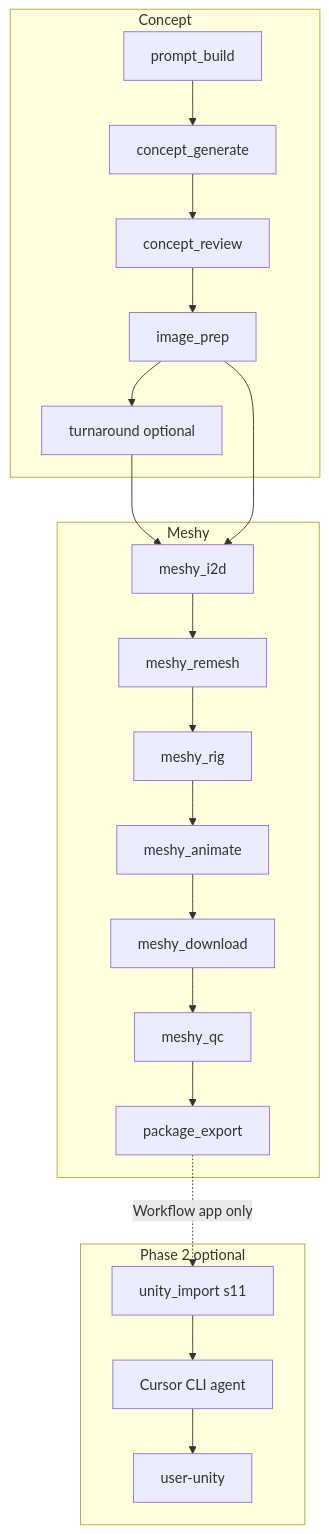
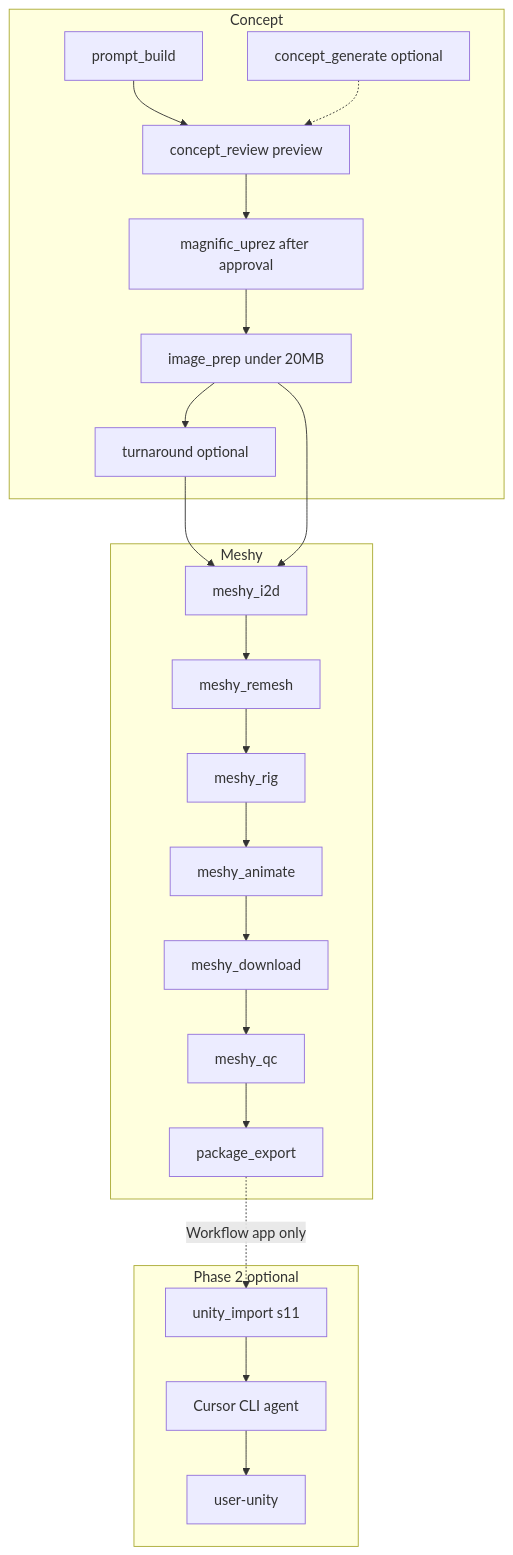
The diagram in ASSET-ASSEMBLY-AUTOMATOR.md (EazyTom/asset-assembly-automator), drawn with Mermaid before and after one commit. The commit also changed other lines of this file and 21 other files, not shown here.

Commit message:
magnific uprez after concept approval / optional

````diff
--- a/ASSET-ASSEMBLY-AUTOMATOR.md
+++ b/ASSET-ASSEMBLY-AUTOMATOR.md
@@ -58,30 +58,33 @@
 ```mermaid
 flowchart TD
     subgraph concept [Concept]
         PB[prompt_build]
-        CG[concept_generate]
-        CR[concept_review]
-        IP[image_prep]
+        CG[concept_generate optional]
+        CR[concept_review preview]
+        UP[magnific_uprez after approval]
+        IP[image_prep under 20MB]
         TA[turnaround optional]
     end
     subgraph meshy [Meshy]
         I2D[meshy_i2d]
         RM[meshy_remesh]
         RG[meshy_rig]
         AN[meshy_animate]
         DL[meshy_download]
         QC[meshy_qc]
         ZIP[package_export]
     end
     subgraph phase2 [Phase 2 optional]
         UI[unity_import s11]
         CUR[Cursor CLI agent]
         MCP[user-unity]
     end
-    PB --> CG --> CR --> IP
+    PB --> CR
+    CG -.-> CR
+    CR --> UP --> IP
     IP --> TA --> I2D
     IP --> I2D
     I2D --> RM --> RG --> AN --> DL --> QC --> ZIP
     ZIP -.->|Workflow app only| UI
     UI --> CUR --> MCP
 ```
````
